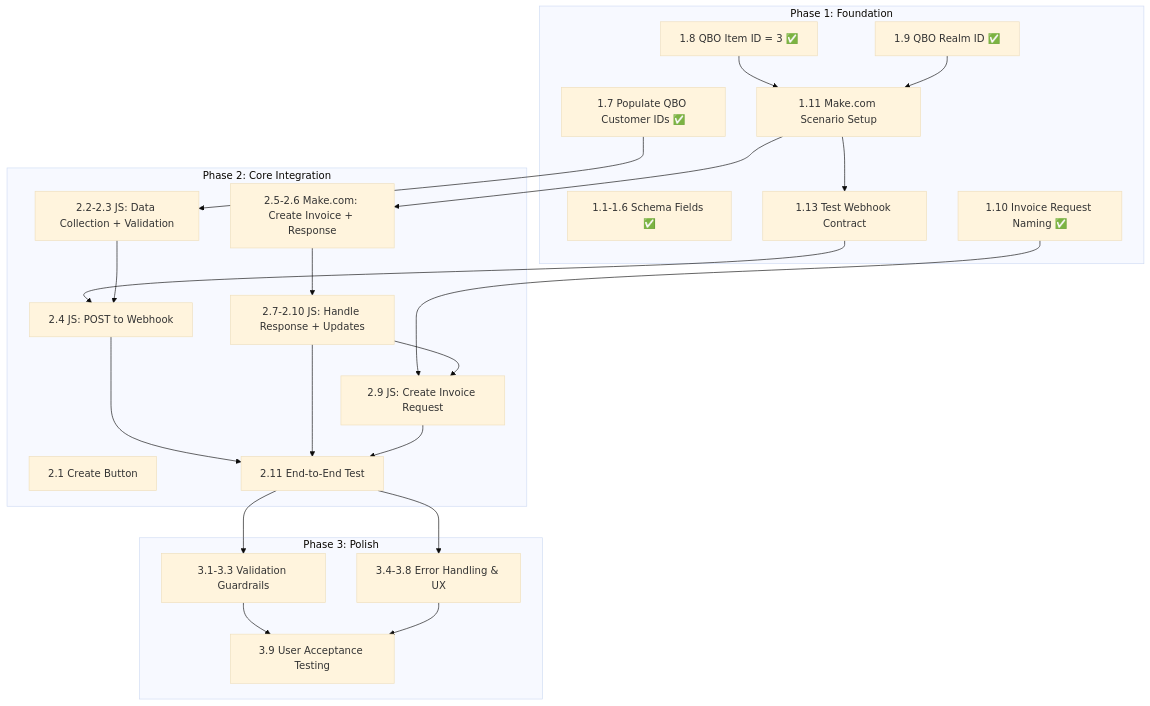
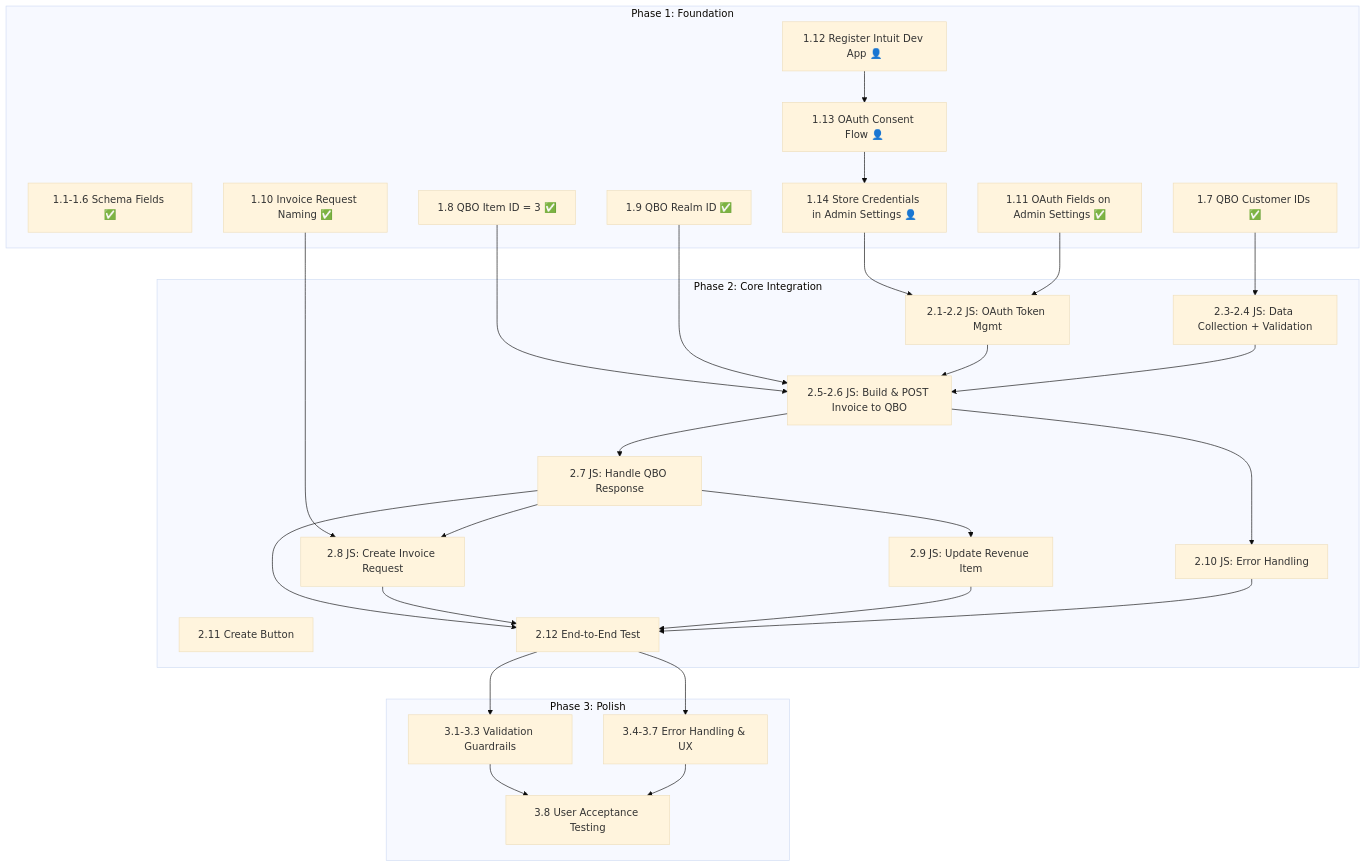
The diagram in IMPLEMENTATION-PLAN.md (bernardw01/FiberyQBOIntegration), drawn with Mermaid (base theme) before and after one commit. The commit also changed other lines of this file and 1 other file, not shown here.

First line of the commit message:
PRD v0.8: Architecture pivot to direct QBO API from Fibery JS

````diff
--- a/IMPLEMENTATION-PLAN.md
+++ b/IMPLEMENTATION-PLAN.md
@@ -108,46 +113,55 @@
 ```mermaid
 graph TD
     subgraph "Phase 1: Foundation"
         A1[1.1-1.6 Schema Fields ✅]
-        A7[1.7 Populate QBO Customer IDs ✅]
+        A7[1.7 QBO Customer IDs ✅]
         A8[1.8 QBO Item ID = 3 ✅]
         A9[1.9 QBO Realm ID ✅]
         A10[1.10 Invoice Request Naming ✅]
-        A11[1.11 Make.com Scenario Setup]
-        A13[1.13 Test Webhook Contract]
+        A11[1.11 OAuth Fields on Admin Settings ✅]
+        A12[1.12 Register Intuit Dev App 👤]
+        A13[1.13 OAuth Consent Flow 👤]
+        A14[1.14 Store Credentials in Admin Settings 👤]
     end
 
     subgraph "Phase 2: Core Integration"
-        B1[2.1 Create Button]
-        B2[2.2-2.3 JS: Data Collection + Validation]
-        B4[2.4 JS: POST to Webhook]
-        B5[2.5-2.6 Make.com: Create Invoice + Response]
-        B7[2.7-2.10 JS: Handle Response + Updates]
-        B9[2.9 JS: Create Invoice Request]
-        B11[2.11 End-to-End Test]
+        B1[2.1-2.2 JS: OAuth Token Mgmt]
+        B3[2.3-2.4 JS: Data Collection + Validation]
+        B5[2.5-2.6 JS: Build & POST Invoice to QBO]
+        B7[2.7 JS: Handle QBO Response]
+        B8[2.8 JS: Create Invoice Request]
+        B9[2.9 JS: Update Revenue Item]
+        B10[2.10 JS: Error Handling]
+        B11[2.11 Create Button]
+        B12[2.12 End-to-End Test]
     end
 
     subgraph "Phase 3: Polish"
         C1[3.1-3.3 Validation Guardrails]
-        C4[3.4-3.8 Error Handling & UX]
-        C9[3.9 User Acceptance Testing]
+        C4[3.4-3.7 Error Handling & UX]
+        C8[3.8 User Acceptance Testing]
     end
 
-    A8 --> A11
-    A9 --> A11
-    A11 --> A13
-    A7 --> B2
-    A13 --> B4
-    A11 --> B5
-    A10 --> B9
-    B2 --> B4
+    A12 --> A13
+    A13 --> A14
+    A14 --> B1
+    A7 --> B3
+    A11 --> B1
+    A10 --> B8
+    A8 --> B5
+    A9 --> B5
+    B1 --> B5
+    B3 --> B5
     B5 --> B7
+    B7 --> B8
     B7 --> B9
-    B4 --> B11
-    B7 --> B11
-    B9 --> B11
-    B11 --> C1
-    B11 --> C4
-    C1 --> C9
-    C4 --> C9
+    B5 --> B10
+    B7 --> B12
+    B8 --> B12
+    B9 --> B12
+    B10 --> B12
+    B12 --> C1
+    B12 --> C4
+    C1 --> C8
+    C4 --> C8
 ```
````
